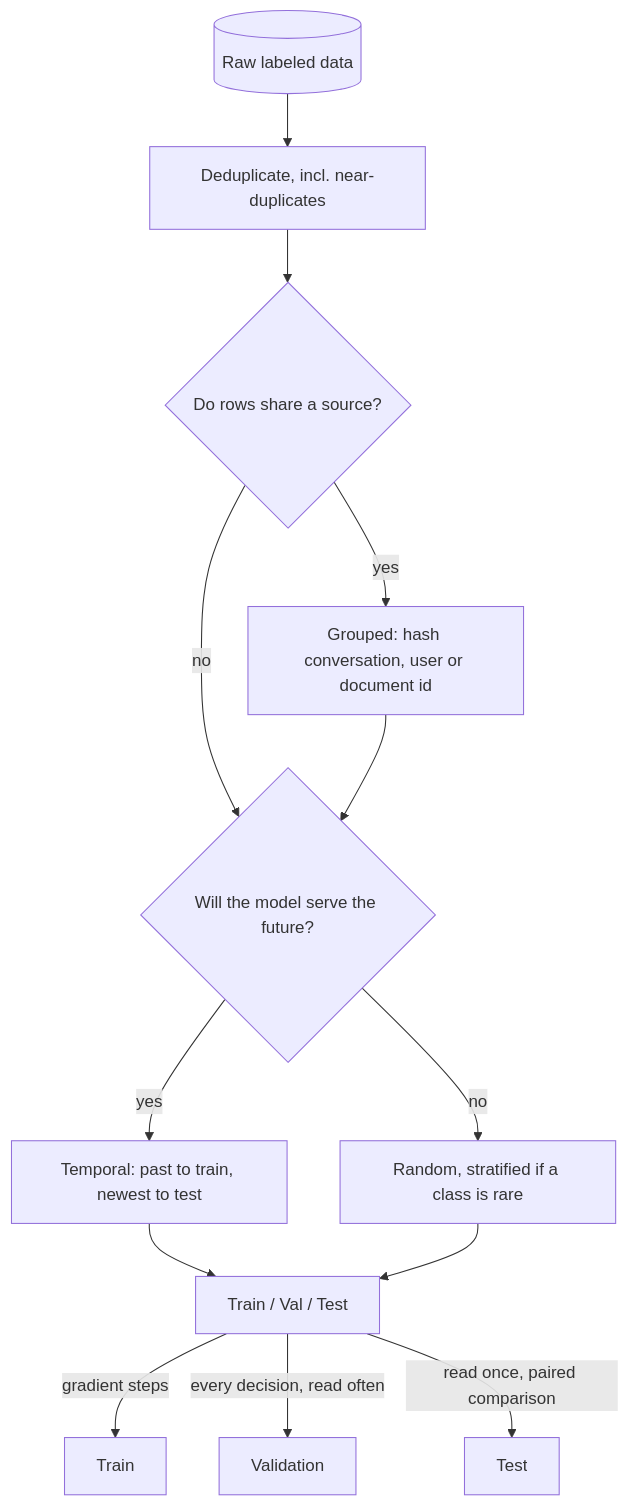
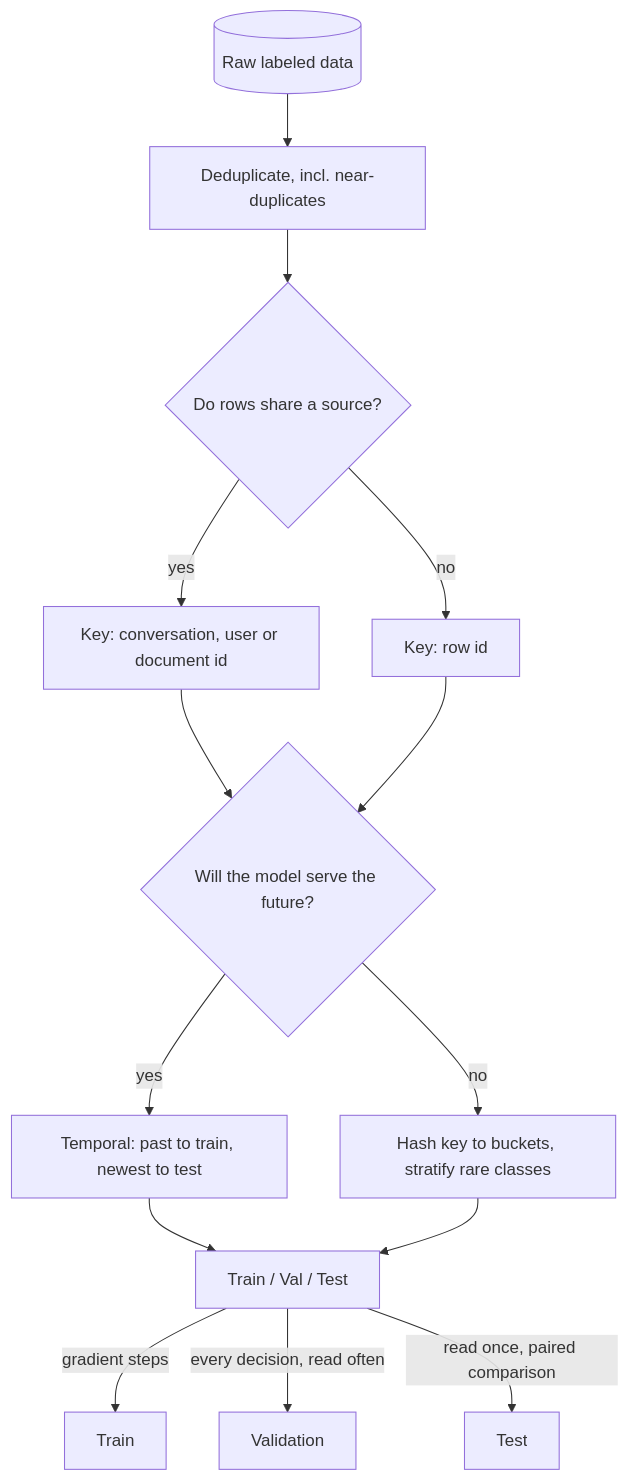
Before and after one commit to lovishmahajan97/agentic-learning: the diagram in content/training-adaptation/train-val-test-split.md, drawn with Mermaid. The commit also changed other lines of this file and 278 other files, not shown here.

````diff
--- a/content/training-adaptation/train-val-test-split.md
+++ b/content/training-adaptation/train-val-test-split.md
@@ -114,15 +114,16 @@
 ```mermaid
 flowchart TD
     D[("Raw labeled data")] --> DD["Deduplicate, incl. near-duplicates"]
     DD --> Q1{"Do rows share a source?"}
-    Q1 -->|"yes"| GR["Grouped: hash conversation, user or document id"]
-    Q1 -->|"no"| Q2{"Will the model serve the future?"}
-    GR --> Q2
+    Q1 -->|"yes"| GR["Key: conversation, user or document id"]
+    Q1 -->|"no"| RK["Key: row id"]
+    GR --> Q2{"Will the model serve the future?"}
+    RK --> Q2
     Q2 -->|"yes"| TM["Temporal: past to train, newest to test"]
-    Q2 -->|"no"| ST["Random, stratified if a class is rare"]
+    Q2 -->|"no"| HB["Hash key to buckets, stratify rare classes"]
     TM --> S["Train / Val / Test"]
-    ST --> S
+    HB --> S
     S -->|"gradient steps"| TR["Train"]
     S -->|"every decision, read often"| VA["Validation"]
     S -->|"read once, paired comparison"| TE["Test"]
 ```
````
